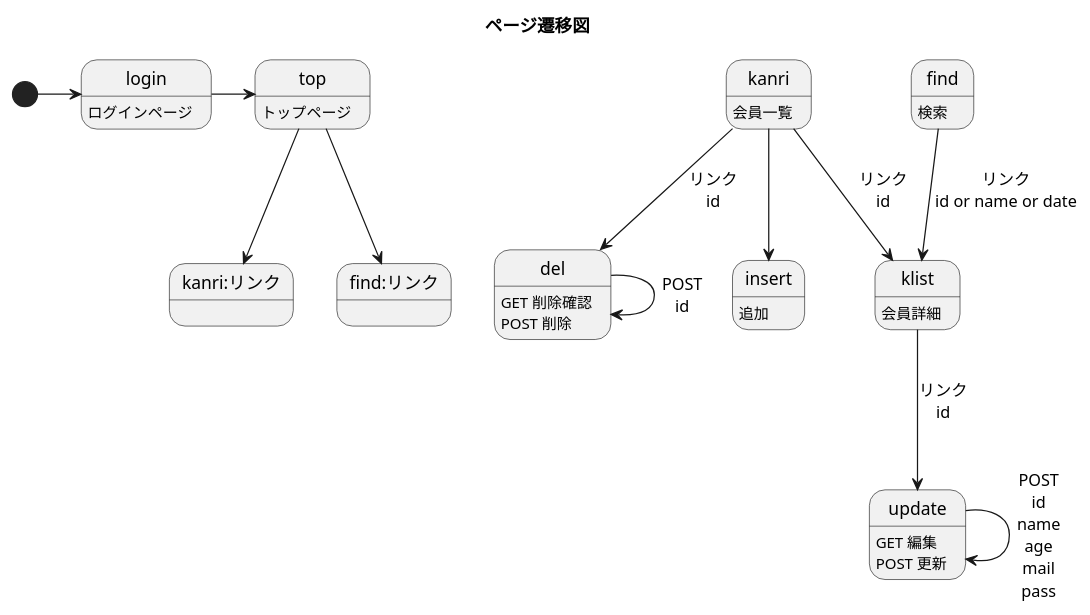
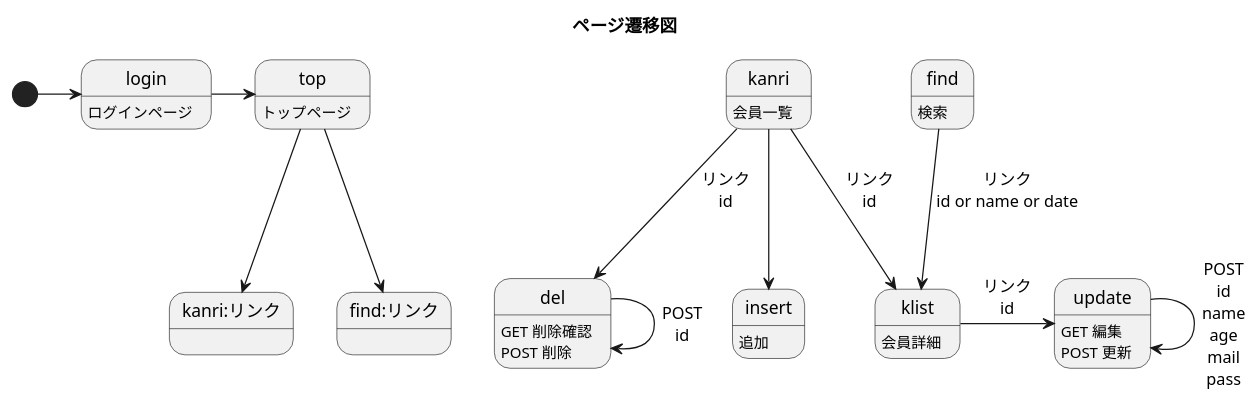
The diagram in uml/admin_management.pu (toufu66/ProjectC), drawn with PlantUML before and after one commit.

Commit message:
見栄えの変更

```diff
--- a/uml/admin_management.pu
+++ b/uml/admin_management.pu
@@ -1,25 +1,25 @@
 @startuml
 title ページ遷移図
 login:ログインページ
 top:トップページ
 kanri : 会員一覧
 del:GET 削除確認\nPOST 削除
 update:GET 編集\nPOST 更新
 insert:追加
 klist:会員詳細
 find:検索
 
 [*]->login
 login->top
 top-->kanri:リンク
 top-->find:リンク
 kanri-->del:リンク\nid
 kanri-->insert
 kanri-->klist:リンク\nid
 del-->del:POST\nid
 find-->klist:リンク\nid or name or date
 
 update-->update:POST\nid\nname\nage\nmail\npass
-klist-->update:リンク\nid
+klist->update:リンク\nid
 
 @enduml
```
